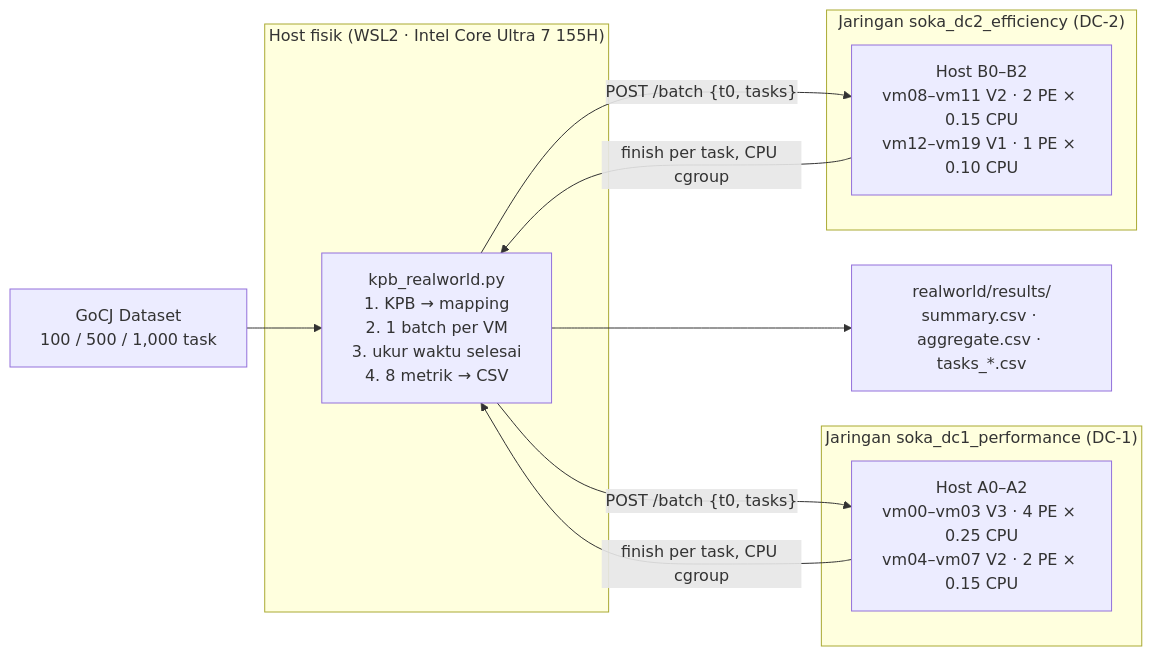
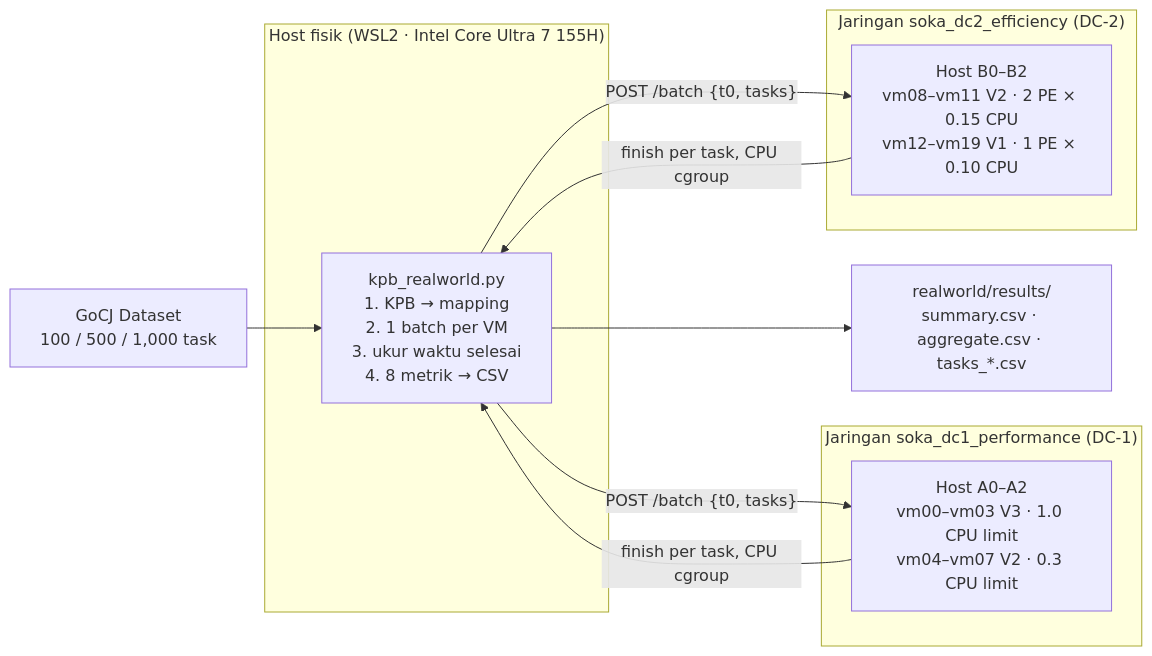
One commit to pikaapik-io/soka-a-5 changed the fourth of 5 diagrams in README.md. Above: the diagram before and after it, drawn with Mermaid. The commit also changed other lines of this file and 370 other files, not shown here.

````diff
--- a/README.md
+++ b/README.md
@@ -633,21 +636,21 @@
 ```mermaid
 flowchart LR
     DS["GoCJ Dataset<br/>100 / 500 / 1,000 task"] --> S
 
     subgraph HOST["Host fisik (WSL2 · Intel Core Ultra 7 155H)"]
         S["kpb_realworld.py<br/>1. KPB → mapping<br/>2. 1 batch per VM<br/>3. ukur waktu selesai<br/>4. 8 metrik → CSV"]
     end
 
     subgraph NET1["Jaringan soka_dc1_performance (DC-1)"]
-        A["Host A0–A2<br/>vm00–vm03 V3 · 4 PE × 0.25 CPU<br/>vm04–vm07 V2 · 2 PE × 0.15 CPU"]
+        A["Host A0–A2<br/>vm00–vm03 V3 · 1.0 CPU limit<br/>vm04–vm07 V2 · 0.3 CPU limit"]
     end
 
     subgraph NET2["Jaringan soka_dc2_efficiency (DC-2)"]
         B["Host B0–B2<br/>vm08–vm11 V2 · 2 PE × 0.15 CPU<br/>vm12–vm19 V1 · 1 PE × 0.10 CPU"]
     end
 
     S -->|"POST /batch {t0, tasks}"| A
     S -->|"POST /batch {t0, tasks}"| B
     A & B -->|"finish per task, CPU cgroup"| S
     S --> R["realworld/results/<br/>summary.csv · aggregate.csv · tasks_*.csv"]
 ```
````
